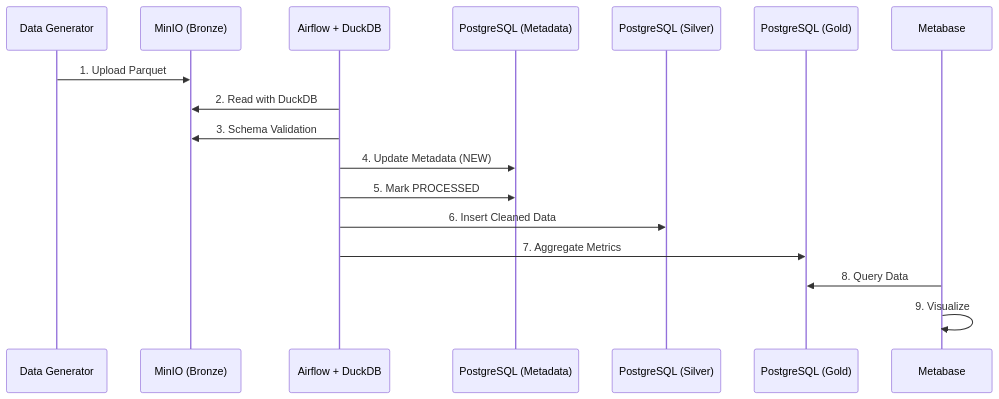
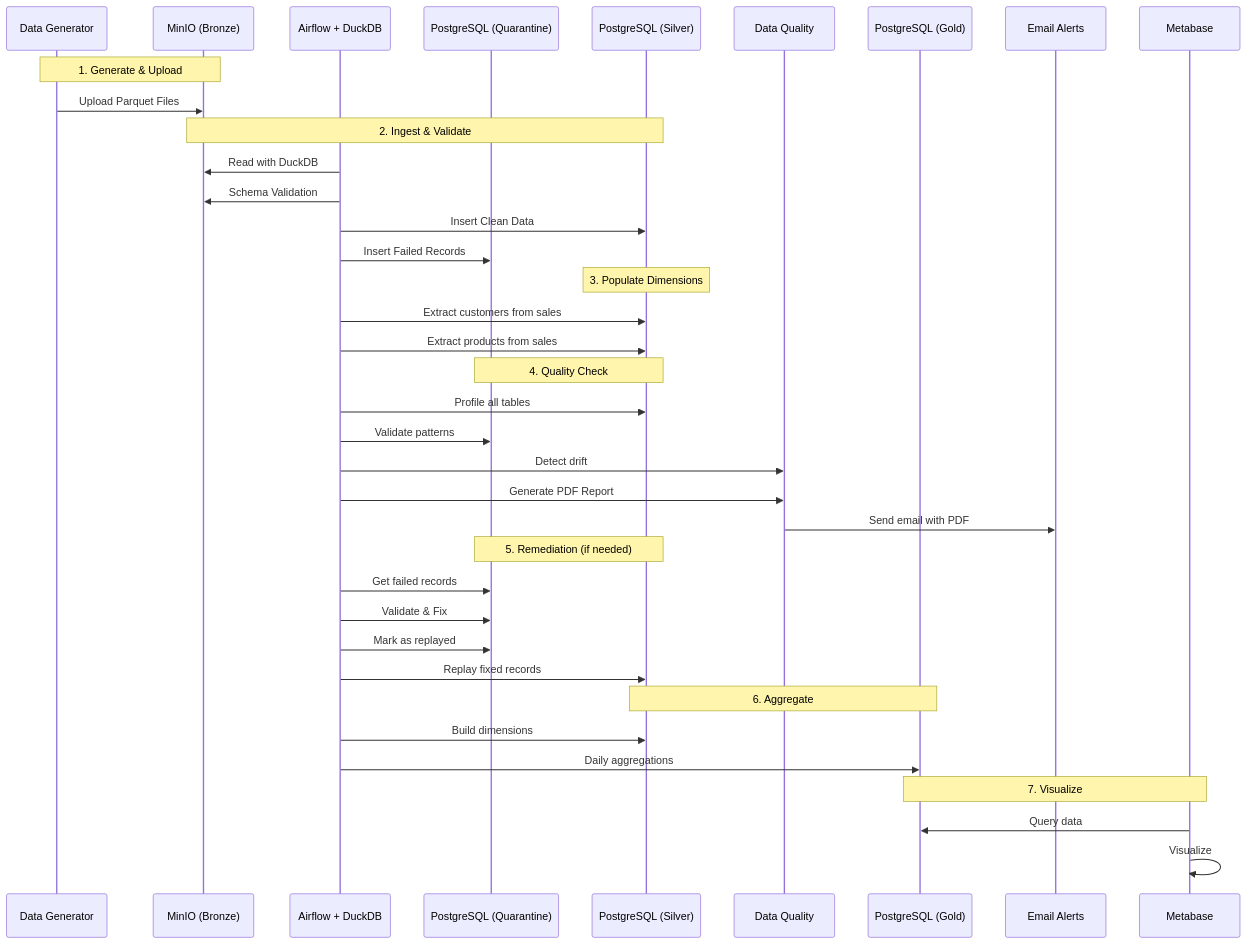
Before and after one commit to Airlectric/Amalitech_CI-CD-and-Workflow-Automation_Mini-Data-Mart: the second of 10 diagrams in docs/architecture/architecture.md, drawn with Mermaid. The commit also changed other lines of this file and 10 other files, not shown here.

````diff
--- a/docs/architecture/architecture.md
+++ b/docs/architecture/architecture.md
@@ -53,20 +63,46 @@
 ```mermaid
 sequenceDiagram
     participant DG as Data Generator
     participant Bronze as MinIO (Bronze)
     participant AF as Airflow + DuckDB
-    participant Meta as PostgreSQL (Metadata)
+    participant Quarantine as PostgreSQL (Quarantine)
     participant Silver as PostgreSQL (Silver)
+    participant Quality as Data Quality
     participant Gold as PostgreSQL (Gold)
+    participant Email as Email Alerts
     participant MB as Metabase
 
-    DG->>Bronze: 1. Upload Parquet
-    AF->>Bronze: 2. Read with DuckDB
-    AF->>Bronze: 3. Schema Validation
-    AF->>Meta: 4. Update Metadata (NEW)
-    AF->>Meta: 5. Mark PROCESSED
-    AF->>Silver: 6. Insert Cleaned Data
-    AF->>Gold: 7. Aggregate Metrics
-    MB->>Gold: 8. Query Data
-    MB->>MB: 9. Visualize
+    Note over DG, Bronze: 1. Generate & Upload
+    DG->>Bronze: Upload Parquet Files
+
+    Note over Bronze, Silver: 2. Ingest & Validate
+    AF->>Bronze: Read with DuckDB
+    AF->>Bronze: Schema Validation
+    AF->>Silver: Insert Clean Data
+    AF->>Quarantine: Insert Failed Records
+
+    Note over Silver, Silver: 3. Populate Dimensions
+    AF->>Silver: Extract customers from sales
+    AF->>Silver: Extract products from sales
+
+    Note over Silver, Quarantine: 4. Quality Check
+    AF->>Silver: Profile all tables
+    AF->>Quarantine: Validate patterns
+    AF->>Quality: Detect drift
+    AF->>Quality: Generate PDF Report
+    Quality->>Email: Send email with PDF
+
+    Note over Quarantine, Silver: 5. Remediation (if needed)
+    AF->>Quarantine: Get failed records
+    AF->>Quarantine: Validate & Fix
+    AF->>Quarantine: Mark as replayed
+    AF->>Silver: Replay fixed records
+
+    Note over Silver, Gold: 6. Aggregate
+    AF->>Silver: Build dimensions
+    AF->>Gold: Daily aggregations
+
+    Note over Gold, MB: 7. Visualize
+    MB->>Gold: Query data
+    MB->>MB: Visualize
 ```
````
